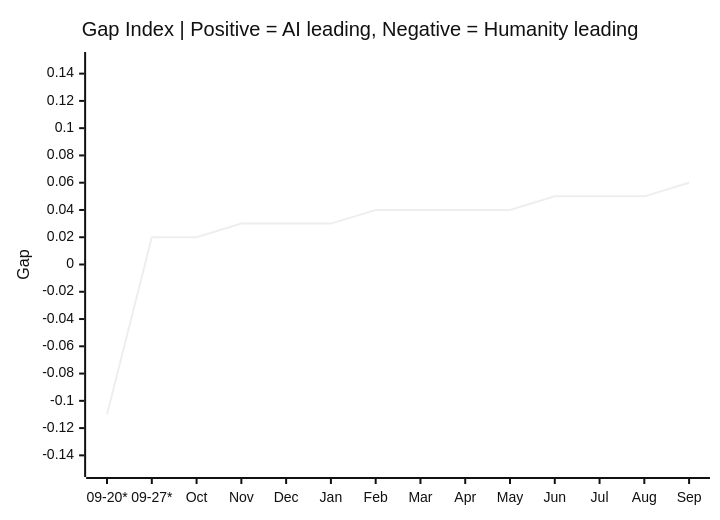
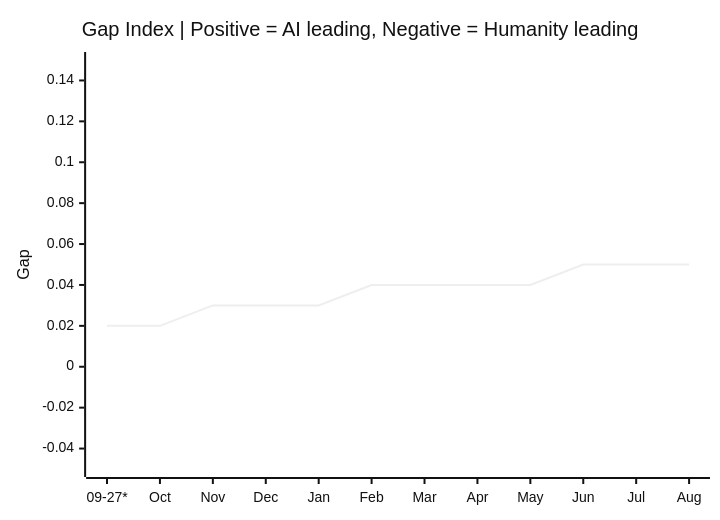
The second of 2 diagrams in README.md (VQQLK/Human-AI-Monitor), drawn with Mermaid (neutral theme) before and after one commit. The commit also changed other lines of this file and 5 other files, not shown here.

````diff
--- a/README.md
+++ b/README.md
@@ -46,7 +43,7 @@
 ```mermaid
 xychart-beta
     title "Gap Index | Positive = AI leading, Negative = Humanity leading"
-    x-axis ["09-20*", "09-27*", "Oct", "Nov", "Dec", "Jan", "Feb", "Mar", "Apr", "May", "Jun", "Jul", "Aug", "Sep"]
-    y-axis "Gap" -0.15 --> 0.15
-    line [-0.11, 0.02, 0.02, 0.03, 0.03, 0.03, 0.04, 0.04, 0.04, 0.04, 0.05, 0.05, 0.05, 0.06]
+    x-axis ["09-27*", "Oct", "Nov", "Dec", "Jan", "Feb", "Mar", "Apr", "May", "Jun", "Jul", "Aug"]
+    y-axis "Gap" -0.05 --> 0.15
+    line [0.02, 0.02, 0.03, 0.03, 0.03, 0.04, 0.04, 0.04, 0.04, 0.05, 0.05, 0.05]
 ```
````
